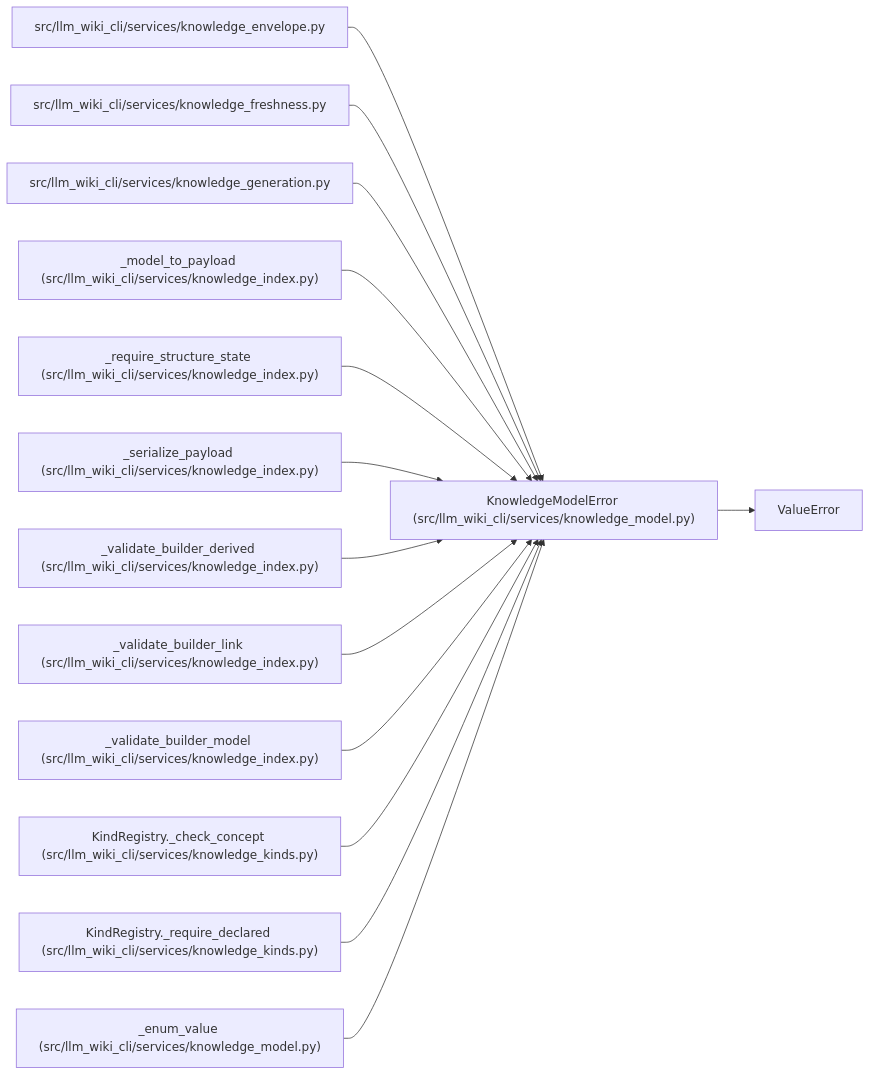
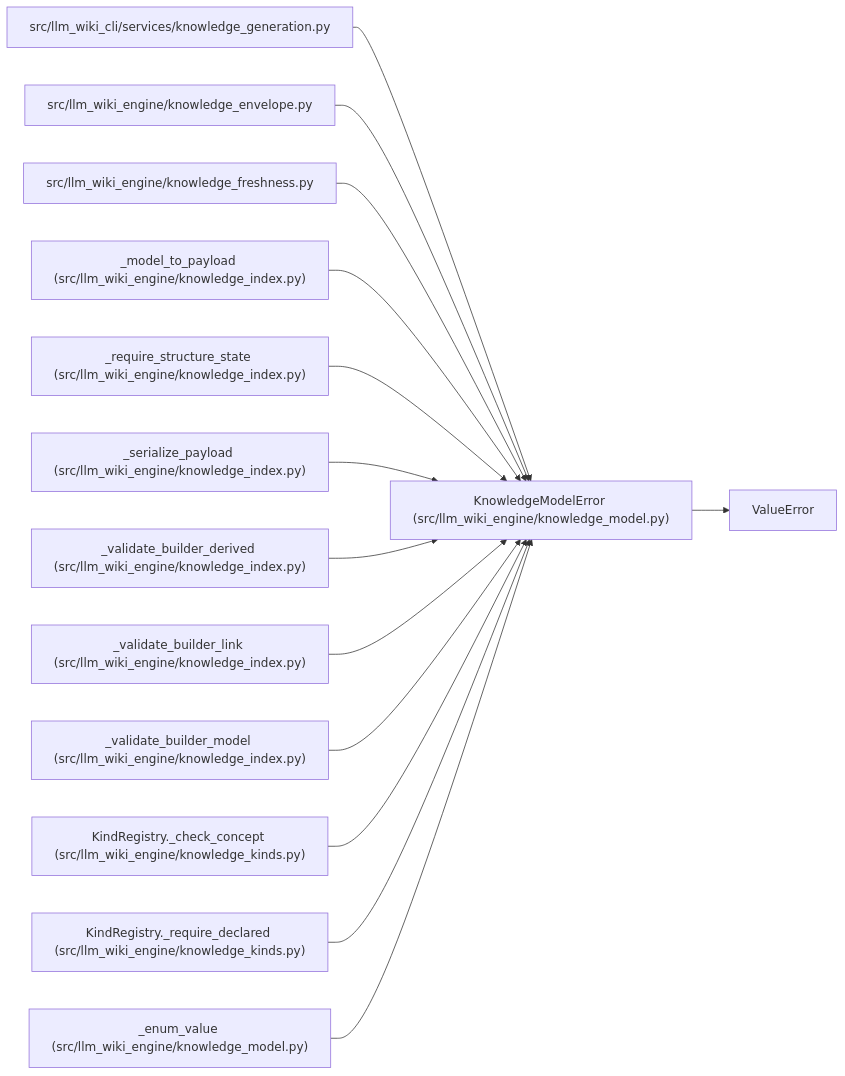
One commit to Denissvgn/python-wiki-llm changed the diagram in docs/llm_wiki/entities/KnowledgeModelError.md. Above: the diagram before and after it, drawn with Mermaid. The commit also changed other lines of this file and 1058 other files, not shown here.

First line of the commit message:
docs: refresh the wiki for the knowledge store move

````diff
--- a/docs/llm_wiki/entities/KnowledgeModelError.md
+++ b/docs/llm_wiki/entities/KnowledgeModelError.md
@@ -25,43 +25,43 @@
 ```mermaid
 flowchart LR
-    n0["KnowledgeModelError (src/llm_wiki_cli/services/knowledge_model.py)"]
+    n0["KnowledgeModelError (src/llm_wiki_engine/knowledge_model.py)"]
     n1["ValueError"]
-    n2["src/llm_wiki_cli/services/knowledge_envelope.py"]
-    n3["src/llm_wiki_cli/services/knowledge_freshness.py"]
-    n4["src/llm_wiki_cli/services/knowledge_generation.py"]
-    n5["_model_to_payload (src/llm_wiki_cli/services/knowledge_index.py)"]
-    n6["_require_structure_state (src/llm_wiki_cli/services/knowledge_index.py)"]
-    n7["_serialize_payload (src/llm_wiki_cli/services/knowledge_index.py)"]
-    n8["_validate_builder_derived (src/llm_wiki_cli/services/knowledge_index.py)"]
-    n9["_validate_builder_link (src/llm_wiki_cli/services/knowledge_index.py)"]
-    n10["_validate_builder_model (src/llm_wiki_cli/services/knowledge_index.py)"]
-    n11["KindRegistry._check_concept (src/llm_wiki_cli/services/knowledge_kinds.py)"]
-    n12["KindRegistry._require_declared (src/llm_wiki_cli/services/knowledge_kinds.py)"]
-    n13["_enum_value (src/llm_wiki_cli/services/knowledge_model.py)"]
+    n2["src/llm_wiki_cli/services/knowledge_generation.py"]
+    n3["src/llm_wiki_engine/knowledge_envelope.py"]
+    n4["src/llm_wiki_engine/knowledge_freshness.py"]
+    n5["_model_to_payload (src/llm_wiki_engine/knowledge_index.py)"]
+    n6["_require_structure_state (src/llm_wiki_engine/knowledge_index.py)"]
+    n7["_serialize_payload (src/llm_wiki_engine/knowledge_index.py)"]
+    n8["_validate_builder_derived (src/llm_wiki_engine/knowledge_index.py)"]
+    n9["_validate_builder_link (src/llm_wiki_engine/knowledge_index.py)"]
+    n10["_validate_builder_model (src/llm_wiki_engine/knowledge_index.py)"]
+    n11["KindRegistry._check_concept (src/llm_wiki_engine/knowledge_kinds.py)"]
+    n12["KindRegistry._require_declared (src/llm_wiki_engine/knowledge_kinds.py)"]
+    n13["_enum_value (src/llm_wiki_engine/knowledge_model.py)"]
     n0 --> n1
     n2 --> n0
     n3 --> n0
     n4 --> n0
     n5 --> n0
     n6 --> n0
     n7 --> n0
     n8 --> n0
     n9 --> n0
     n10 --> n0
     n11 --> n0
     n12 --> n0
     n13 --> n0
     click n0 "../modules/knowledge_model.md"
-    click n2 "../modules/knowledge_envelope.md"
-    click n3 "../modules/knowledge_freshness.md"
-    click n4 "../modules/knowledge_generation.md"
+    click n2 "../modules/knowledge_generation.md"
+    click n3 "../modules/knowledge_envelope.md"
+    click n4 "../modules/knowledge_freshness.md"
     click n5 "../modules/knowledge_index.md"
     click n6 "../modules/knowledge_index.md"
     click n7 "../modules/knowledge_index.md"
     click n8 "../modules/knowledge_index.md"
     click n9 "../modules/knowledge_index.md"
     click n10 "../modules/knowledge_index.md"
     click n11 "../modules/knowledge_kinds.md"
     click n12 "../modules/knowledge_kinds.md"
     click n13 "../modules/knowledge_model.md"
 ```
````
